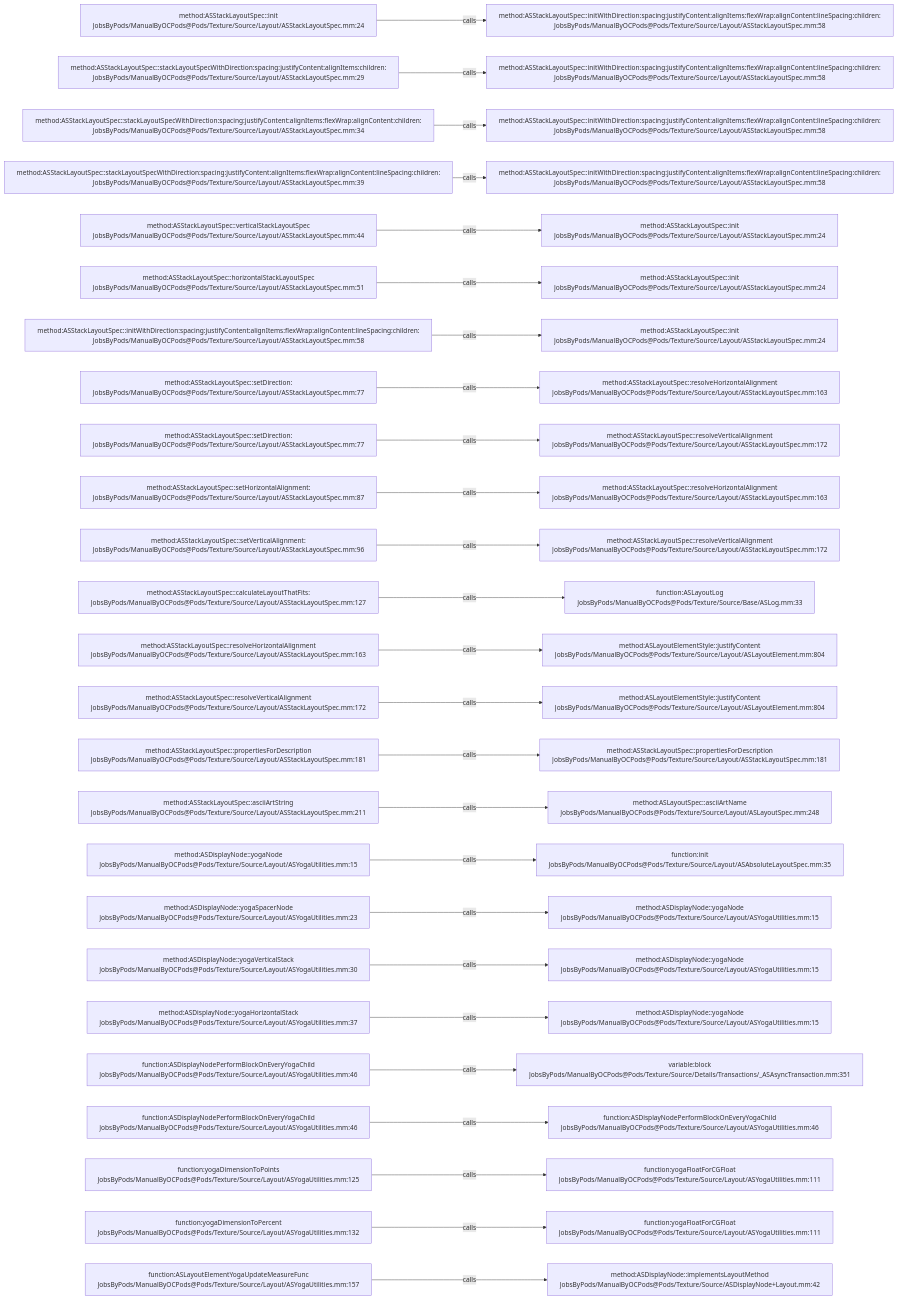
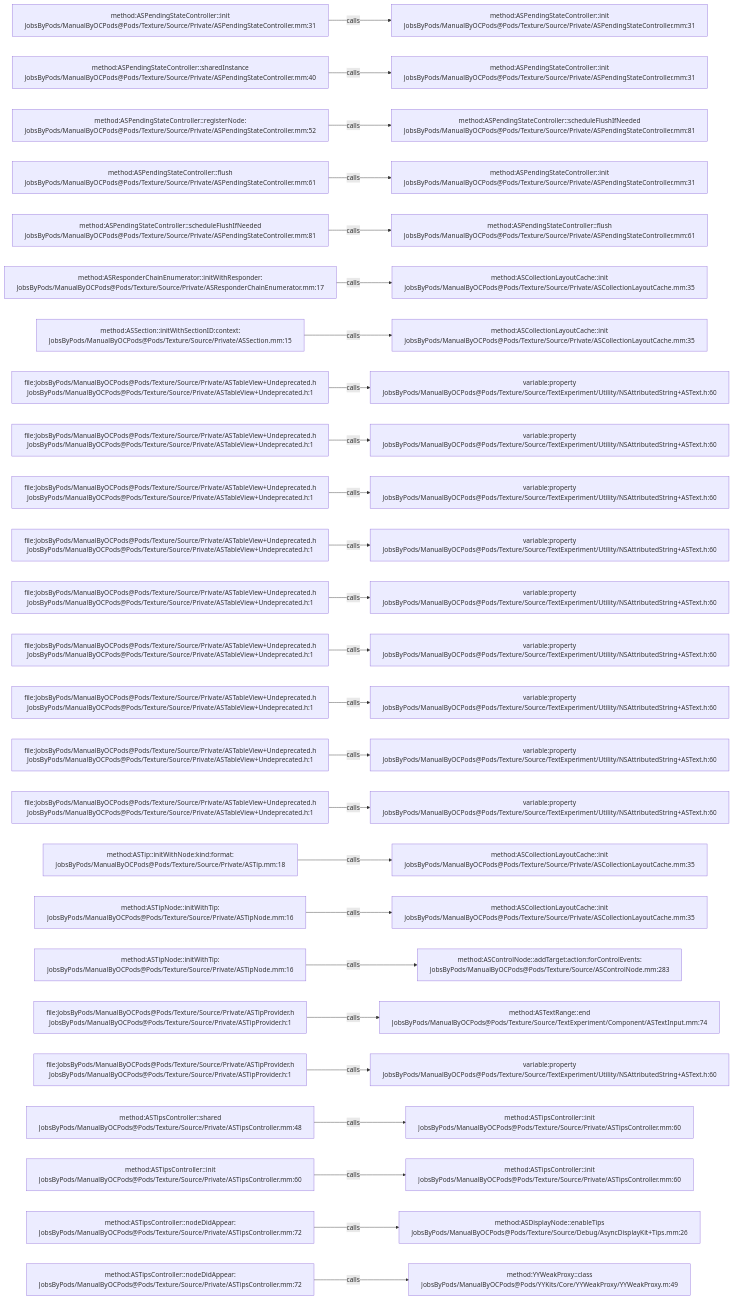
One commit to JobsKits/JobsOCBaseConfigDemo changed the diagram in .codegraph/codegraph.md/graphs/calls-175.md. Above: the diagram before and after it, drawn with Mermaid. The commit also changed 2723 other files, not shown here.

````diff
--- a/.codegraph/codegraph.md/graphs/calls-175.md
+++ b/.codegraph/codegraph.md/graphs/calls-175.md
@@ -13,78 +13,78 @@
 ```mermaid
 flowchart LR
-  S1["method:ASStackLayoutSpec::init<br/>JobsByPods/ManualByOCPods@Pods/Texture/Source/Layout/ASStackLayoutSpec.mm:24"]
-  T1["method:ASStackLayoutSpec::initWithDirection:spacing:justifyContent:alignItems:flexWrap:alignContent:lineSpacing:children:<br/>JobsByPods/ManualByOCPods@Pods/Texture/Source/Layout/ASStackLayoutSpec.mm:58"]
+  S1["method:ASPendingStateController::init<br/>JobsByPods/ManualByOCPods@Pods/Texture/Source/Private/ASPendingStateController.mm:31"]
+  T1["method:ASPendingStateController::init<br/>JobsByPods/ManualByOCPods@Pods/Texture/Source/Private/ASPendingStateController.mm:31"]
   S1 -->|calls| T1
-  S2["method:ASStackLayoutSpec::stackLayoutSpecWithDirection:spacing:justifyContent:alignItems:children:<br/>JobsByPods/ManualByOCPods@Pods/Texture/Source/Layout/ASStackLayoutSpec.mm:29"]
-  T2["method:ASStackLayoutSpec::initWithDirection:spacing:justifyContent:alignItems:flexWrap:alignContent:lineSpacing:children:<br/>JobsByPods/ManualByOCPods@Pods/Texture/Source/Layout/ASStackLayoutSpec.mm:58"]
+  S2["method:ASPendingStateController::sharedInstance<br/>JobsByPods/ManualByOCPods@Pods/Texture/Source/Private/ASPendingStateController.mm:40"]
+  T2["method:ASPendingStateController::init<br/>JobsByPods/ManualByOCPods@Pods/Texture/Source/Private/ASPendingStateController.mm:31"]
   S2 -->|calls| T2
-  S3["method:ASStackLayoutSpec::stackLayoutSpecWithDirection:spacing:justifyContent:alignItems:flexWrap:alignContent:children:<br/>JobsByPods/ManualByOCPods@Pods/Texture/Source/Layout/ASStackLayoutSpec.mm:34"]
-  T3["method:ASStackLayoutSpec::initWithDirection:spacing:justifyContent:alignItems:flexWrap:alignContent:lineSpacing:children:<br/>JobsByPods/ManualByOCPods@Pods/Texture/Source/Layout/ASStackLayoutSpec.mm:58"]
+  S3["method:ASPendingStateController::registerNode:<br/>JobsByPods/ManualByOCPods@Pods/Texture/Source/Private/ASPendingStateController.mm:52"]
+  T3["method:ASPendingStateController::scheduleFlushIfNeeded<br/>JobsByPods/ManualByOCPods@Pods/Texture/Source/Private/ASPendingStateController.mm:81"]
   S3 -->|calls| T3
-  S4["method:ASStackLayoutSpec::stackLayoutSpecWithDirection:spacing:justifyContent:alignItems:flexWrap:alignContent:lineSpacing:children:<br/>JobsByPods/ManualByOCPods@Pods/Texture/Source/Layout/ASStackLayoutSpec.mm:39"]
-  T4["method:ASStackLayoutSpec::initWithDirection:spacing:justifyContent:alignItems:flexWrap:alignContent:lineSpacing:children:<br/>JobsByPods/ManualByOCPods@Pods/Texture/Source/Layout/ASStackLayoutSpec.mm:58"]
+  S4["method:ASPendingStateController::flush<br/>JobsByPods/ManualByOCPods@Pods/Texture/Source/Private/ASPendingStateController.mm:61"]
+  T4["method:ASPendingStateController::init<br/>JobsByPods/ManualByOCPods@Pods/Texture/Source/Private/ASPendingStateController.mm:31"]
   S4 -->|calls| T4
-  S5["method:ASStackLayoutSpec::verticalStackLayoutSpec<br/>JobsByPods/ManualByOCPods@Pods/Texture/Source/Layout/ASStackLayoutSpec.mm:44"]
-  T5["method:ASStackLayoutSpec::init<br/>JobsByPods/ManualByOCPods@Pods/Texture/Source/Layout/ASStackLayoutSpec.mm:24"]
+  S5["method:ASPendingStateController::scheduleFlushIfNeeded<br/>JobsByPods/ManualByOCPods@Pods/Texture/Source/Private/ASPendingStateController.mm:81"]
+  T5["method:ASPendingStateController::flush<br/>JobsByPods/ManualByOCPods@Pods/Texture/Source/Private/ASPendingStateController.mm:61"]
   S5 -->|calls| T5
-  S6["method:ASStackLayoutSpec::horizontalStackLayoutSpec<br/>JobsByPods/ManualByOCPods@Pods/Texture/Source/Layout/ASStackLayoutSpec.mm:51"]
-  T6["method:ASStackLayoutSpec::init<br/>JobsByPods/ManualByOCPods@Pods/Texture/Source/Layout/ASStackLayoutSpec.mm:24"]
+  S6["method:ASResponderChainEnumerator::initWithResponder:<br/>JobsByPods/ManualByOCPods@Pods/Texture/Source/Private/ASResponderChainEnumerator.mm:17"]
+  T6["method:ASCollectionLayoutCache::init<br/>JobsByPods/ManualByOCPods@Pods/Texture/Source/Private/ASCollectionLayoutCache.mm:35"]
   S6 -->|calls| T6
-  S7["method:ASStackLayoutSpec::initWithDirection:spacing:justifyContent:alignItems:flexWrap:alignContent:lineSpacing:children:<br/>JobsByPods/ManualByOCPods@Pods/Texture/Source/Layout/ASStackLayoutSpec.mm:58"]
-  T7["method:ASStackLayoutSpec::init<br/>JobsByPods/ManualByOCPods@Pods/Texture/Source/Layout/ASStackLayoutSpec.mm:24"]
+  S7["method:ASSection::initWithSectionID:context:<br/>JobsByPods/ManualByOCPods@Pods/Texture/Source/Private/ASSection.mm:15"]
+  T7["method:ASCollectionLayoutCache::init<br/>JobsByPods/ManualByOCPods@Pods/Texture/Source/Private/ASCollectionLayoutCache.mm:35"]
   S7 -->|calls| T7
-  S8["method:ASStackLayoutSpec::setDirection:<br/>JobsByPods/ManualByOCPods@Pods/Texture/Source/Layout/ASStackLayoutSpec.mm:77"]
-  T8["method:ASStackLayoutSpec::resolveHorizontalAlignment<br/>JobsByPods/ManualByOCPods@Pods/Texture/Source/Layout/ASStackLayoutSpec.mm:163"]
+  S8["file:JobsByPods/ManualByOCPods@Pods/Texture/Source/Private/ASTableView+Undeprecated.h<br/>JobsByPods/ManualByOCPods@Pods/Texture/Source/Private/ASTableView+Undeprecated.h:1"]
+  T8["variable:property<br/>JobsByPods/ManualByOCPods@Pods/Texture/Source/TextExperiment/Utility/NSAttributedString+ASText.h:60"]
   S8 -->|calls| T8
-  S9["method:ASStackLayoutSpec::setDirection:<br/>JobsByPods/ManualByOCPods@Pods/Texture/Source/Layout/ASStackLayoutSpec.mm:77"]
-  T9["method:ASStackLayoutSpec::resolveVerticalAlignment<br/>JobsByPods/ManualByOCPods@Pods/Texture/Source/Layout/ASStackLayoutSpec.mm:172"]
+  S9["file:JobsByPods/ManualByOCPods@Pods/Texture/Source/Private/ASTableView+Undeprecated.h<br/>JobsByPods/ManualByOCPods@Pods/Texture/Source/Private/ASTableView+Undeprecated.h:1"]
+  T9["variable:property<br/>JobsByPods/ManualByOCPods@Pods/Texture/Source/TextExperiment/Utility/NSAttributedString+ASText.h:60"]
   S9 -->|calls| T9
-  S10["method:ASStackLayoutSpec::setHorizontalAlignment:<br/>JobsByPods/ManualByOCPods@Pods/Texture/Source/Layout/ASStackLayoutSpec.mm:87"]
-  T10["method:ASStackLayoutSpec::resolveHorizontalAlignment<br/>JobsByPods/ManualByOCPods@Pods/Texture/Source/Layout/ASStackLayoutSpec.mm:163"]
+  S10["file:JobsByPods/ManualByOCPods@Pods/Texture/Source/Private/ASTableView+Undeprecated.h<br/>JobsByPods/ManualByOCPods@Pods/Texture/Source/Private/ASTableView+Undeprecated.h:1"]
+  T10["variable:property<br/>JobsByPods/ManualByOCPods@Pods/Texture/Source/TextExperiment/Utility/NSAttributedString+ASText.h:60"]
   S10 -->|calls| T10
-  S11["method:ASStackLayoutSpec::setVerticalAlignment:<br/>JobsByPods/ManualByOCPods@Pods/Texture/Source/Layout/ASStackLayoutSpec.mm:96"]
-  T11["method:ASStackLayoutSpec::resolveVerticalAlignment<br/>JobsByPods/ManualByOCPods@Pods/Texture/Source/Layout/ASStackLayoutSpec.mm:172"]
+  S11["file:JobsByPods/ManualByOCPods@Pods/Texture/Source/Private/ASTableView+Undeprecated.h<br/>JobsByPods/ManualByOCPods@Pods/Texture/Source/Private/ASTableView+Undeprecated.h:1"]
+  T11["variable:property<br/>JobsByPods/ManualByOCPods@Pods/Texture/Source/TextExperiment/Utility/NSAttributedString+ASText.h:60"]
   S11 -->|calls| T11
-  S12["method:ASStackLayoutSpec::calculateLayoutThatFits:<br/>JobsByPods/ManualByOCPods@Pods/Texture/Source/Layout/ASStackLayoutSpec.mm:127"]
-  T12["function:ASLayoutLog<br/>JobsByPods/ManualByOCPods@Pods/Texture/Source/Base/ASLog.mm:33"]
+  S12["file:JobsByPods/ManualByOCPods@Pods/Texture/Source/Private/ASTableView+Undeprecated.h<br/>JobsByPods/ManualByOCPods@Pods/Texture/Source/Private/ASTableView+Undeprecated.h:1"]
+  T12["variable:property<br/>JobsByPods/ManualByOCPods@Pods/Texture/Source/TextExperiment/Utility/NSAttributedString+ASText.h:60"]
   S12 -->|calls| T12
-  S13["method:ASStackLayoutSpec::resolveHorizontalAlignment<br/>JobsByPods/ManualByOCPods@Pods/Texture/Source/Layout/ASStackLayoutSpec.mm:163"]
-  T13["method:ASLayoutElementStyle::justifyContent<br/>JobsByPods/ManualByOCPods@Pods/Texture/Source/Layout/ASLayoutElement.mm:804"]
+  S13["file:JobsByPods/ManualByOCPods@Pods/Texture/Source/Private/ASTableView+Undeprecated.h<br/>JobsByPods/ManualByOCPods@Pods/Texture/Source/Private/ASTableView+Undeprecated.h:1"]
+  T13["variable:property<br/>JobsByPods/ManualByOCPods@Pods/Texture/Source/TextExperiment/Utility/NSAttributedString+ASText.h:60"]
   S13 -->|calls| T13
-  S14["method:ASStackLayoutSpec::resolveVerticalAlignment<br/>JobsByPods/ManualByOCPods@Pods/Texture/Source/Layout/ASStackLayoutSpec.mm:172"]
-  T14["method:ASLayoutElementStyle::justifyContent<br/>JobsByPods/ManualByOCPods@Pods/Texture/Source/Layout/ASLayoutElement.mm:804"]
+  S14["file:JobsByPods/ManualByOCPods@Pods/Texture/Source/Private/ASTableView+Undeprecated.h<br/>JobsByPods/ManualByOCPods@Pods/Texture/Source/Private/ASTableView+Undeprecated.h:1"]
+  T14["variable:property<br/>JobsByPods/ManualByOCPods@Pods/Texture/Source/TextExperiment/Utility/NSAttributedString+ASText.h:60"]
   S14 -->|calls| T14
-  S15["method:ASStackLayoutSpec::propertiesForDescription<br/>JobsByPods/ManualByOCPods@Pods/Texture/Source/Layout/ASStackLayoutSpec.mm:181"]
-  T15["method:ASStackLayoutSpec::propertiesForDescription<br/>JobsByPods/ManualByOCPods@Pods/Texture/Source/Layout/ASStackLayoutSpec.mm:181"]
+  S15["file:JobsByPods/ManualByOCPods@Pods/Texture/Source/Private/ASTableView+Undeprecated.h<br/>JobsByPods/ManualByOCPods@Pods/Texture/Source/Private/ASTableView+Undeprecated.h:1"]
+  T15["variable:property<br/>JobsByPods/ManualByOCPods@Pods/Texture/Source/TextExperiment/Utility/NSAttributedString+ASText.h:60"]
   S15 -->|calls| T15
-  S16["method:ASStackLayoutSpec::asciiArtString<br/>JobsByPods/ManualByOCPods@Pods/Texture/Source/Layout/ASStackLayoutSpec.mm:211"]
-  T16["method:ASLayoutSpec::asciiArtName<br/>JobsByPods/ManualByOCPods@Pods/Texture/Source/Layout/ASLayoutSpec.mm:248"]
+  S16["file:JobsByPods/ManualByOCPods@Pods/Texture/Source/Private/ASTableView+Undeprecated.h<br/>JobsByPods/ManualByOCPods@Pods/Texture/Source/Private/ASTableView+Undeprecated.h:1"]
+  T16["variable:property<br/>JobsByPods/ManualByOCPods@Pods/Texture/Source/TextExperiment/Utility/NSAttributedString+ASText.h:60"]
   S16 -->|calls| T16
-  S17["method:ASDisplayNode::yogaNode<br/>JobsByPods/ManualByOCPods@Pods/Texture/Source/Layout/ASYogaUtilities.mm:15"]
-  T17["function:init<br/>JobsByPods/ManualByOCPods@Pods/Texture/Source/Layout/ASAbsoluteLayoutSpec.mm:35"]
+  S17["method:ASTip::initWithNode:kind:format:<br/>JobsByPods/ManualByOCPods@Pods/Texture/Source/Private/ASTip.mm:18"]
+  T17["method:ASCollectionLayoutCache::init<br/>JobsByPods/ManualByOCPods@Pods/Texture/Source/Private/ASCollectionLayoutCache.mm:35"]
   S17 -->|calls| T17
-  S18["method:ASDisplayNode::yogaSpacerNode<br/>JobsByPods/ManualByOCPods@Pods/Texture/Source/Layout/ASYogaUtilities.mm:23"]
-  T18["method:ASDisplayNode::yogaNode<br/>JobsByPods/ManualByOCPods@Pods/Texture/Source/Layout/ASYogaUtilities.mm:15"]
+  S18["method:ASTipNode::initWithTip:<br/>JobsByPods/ManualByOCPods@Pods/Texture/Source/Private/ASTipNode.mm:16"]
+  T18["method:ASCollectionLayoutCache::init<br/>JobsByPods/ManualByOCPods@Pods/Texture/Source/Private/ASCollectionLayoutCache.mm:35"]
   S18 -->|calls| T18
-  S19["method:ASDisplayNode::yogaVerticalStack<br/>JobsByPods/ManualByOCPods@Pods/Texture/Source/Layout/ASYogaUtilities.mm:30"]
-  T19["method:ASDisplayNode::yogaNode<br/>JobsByPods/ManualByOCPods@Pods/Texture/Source/Layout/ASYogaUtilities.mm:15"]
+  S19["method:ASTipNode::initWithTip:<br/>JobsByPods/ManualByOCPods@Pods/Texture/Source/Private/ASTipNode.mm:16"]
+  T19["method:ASControlNode::addTarget:action:forControlEvents:<br/>JobsByPods/ManualByOCPods@Pods/Texture/Source/ASControlNode.mm:283"]
   S19 -->|calls| T19
-  S20["method:ASDisplayNode::yogaHorizontalStack<br/>JobsByPods/ManualByOCPods@Pods/Texture/Source/Layout/ASYogaUtilities.mm:37"]
-  T20["method:ASDisplayNode::yogaNode<br/>JobsByPods/ManualByOCPods@Pods/Texture/Source/Layout/ASYogaUtilities.mm:15"]
+  S20["file:JobsByPods/ManualByOCPods@Pods/Texture/Source/Private/ASTipProvider.h<br/>JobsByPods/ManualByOCPods@Pods/Texture/Source/Private/ASTipProvider.h:1"]
+  T20["method:ASTextRange::end<br/>JobsByPods/ManualByOCPods@Pods/Texture/Source/TextExperiment/Component/ASTextInput.mm:74"]
   S20 -->|calls| T20
-  S21["function:ASDisplayNodePerformBlockOnEveryYogaChild<br/>JobsByPods/ManualByOCPods@Pods/Texture/Source/Layout/ASYogaUtilities.mm:46"]
-  T21["variable:block<br/>JobsByPods/ManualByOCPods@Pods/Texture/Source/Details/Transactions/_ASAsyncTransaction.mm:351"]
+  S21["file:JobsByPods/ManualByOCPods@Pods/Texture/Source/Private/ASTipProvider.h<br/>JobsByPods/ManualByOCPods@Pods/Texture/Source/Private/ASTipProvider.h:1"]
+  T21["variable:property<br/>JobsByPods/ManualByOCPods@Pods/Texture/Source/TextExperiment/Utility/NSAttributedString+ASText.h:60"]
   S21 -->|calls| T21
-  S22["function:ASDisplayNodePerformBlockOnEveryYogaChild<br/>JobsByPods/ManualByOCPods@Pods/Texture/Source/Layout/ASYogaUtilities.mm:46"]
-  T22["function:ASDisplayNodePerformBlockOnEveryYogaChild<br/>JobsByPods/ManualByOCPods@Pods/Texture/Source/Layout/ASYogaUtilities.mm:46"]
+  S22["method:ASTipsController::shared<br/>JobsByPods/ManualByOCPods@Pods/Texture/Source/Private/ASTipsController.mm:48"]
+  T22["method:ASTipsController::init<br/>JobsByPods/ManualByOCPods@Pods/Texture/Source/Private/ASTipsController.mm:60"]
   S22 -->|calls| T22
-  S23["function:yogaDimensionToPoints<br/>JobsByPods/ManualByOCPods@Pods/Texture/Source/Layout/ASYogaUtilities.mm:125"]
-  T23["function:yogaFloatForCGFloat<br/>JobsByPods/ManualByOCPods@Pods/Texture/Source/Layout/ASYogaUtilities.mm:111"]
+  S23["method:ASTipsController::init<br/>JobsByPods/ManualByOCPods@Pods/Texture/Source/Private/ASTipsController.mm:60"]
+  T23["method:ASTipsController::init<br/>JobsByPods/ManualByOCPods@Pods/Texture/Source/Private/ASTipsController.mm:60"]
   S23 -->|calls| T23
-  S24["function:yogaDimensionToPercent<br/>JobsByPods/ManualByOCPods@Pods/Texture/Source/Layout/ASYogaUtilities.mm:132"]
-  T24["function:yogaFloatForCGFloat<br/>JobsByPods/ManualByOCPods@Pods/Texture/Source/Layout/ASYogaUtilities.mm:111"]
+  S24["method:ASTipsController::nodeDidAppear:<br/>JobsByPods/ManualByOCPods@Pods/Texture/Source/Private/ASTipsController.mm:72"]
+  T24["method:ASDisplayNode::enableTips<br/>JobsByPods/ManualByOCPods@Pods/Texture/Source/Debug/AsyncDisplayKit+Tips.mm:26"]
   S24 -->|calls| T24
-  S25["function:ASLayoutElementYogaUpdateMeasureFunc<br/>JobsByPods/ManualByOCPods@Pods/Texture/Source/Layout/ASYogaUtilities.mm:157"]
-  T25["method:ASDisplayNode::implementsLayoutMethod<br/>JobsByPods/ManualByOCPods@Pods/Texture/Source/ASDisplayNode+Layout.mm:42"]
+  S25["method:ASTipsController::nodeDidAppear:<br/>JobsByPods/ManualByOCPods@Pods/Texture/Source/Private/ASTipsController.mm:72"]
+  T25["method:YYWeakProxy::class<br/>JobsByPods/ManualByOCPods@Pods/YYKits/Core/YYWeakProxy/YYWeakProxy.m:49"]
   S25 -->|calls| T25
 ```
````
